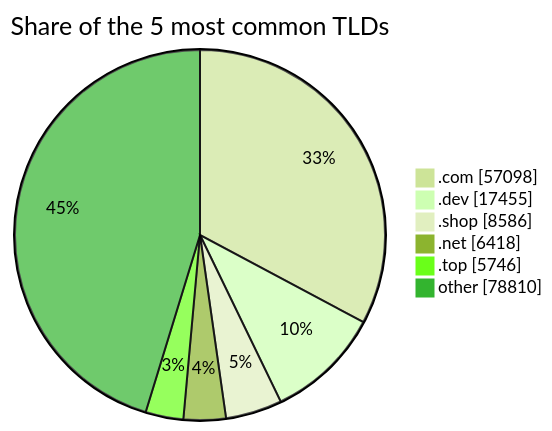
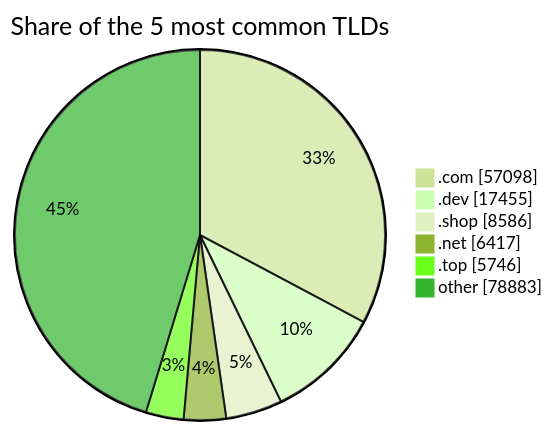
One commit to DNSBunker/CTI changed the third of 3 diagrams in README.md. Above: the diagram before and after it, drawn with Mermaid (forest theme). The commit also changed other lines of this file and 3 other files, not shown here.

````diff
--- a/README.md
+++ b/README.md
@@ -81,9 +81,9 @@
 ```mermaid
 pie showData title Share of the 5 most common TLDs
     ".com" : 57098
     ".dev" : 17455
     ".shop" : 8586
-    ".net" : 6418
+    ".net" : 6417
     ".top" : 5746
-    "other" : 78810
+    "other" : 78883
 ```
````
